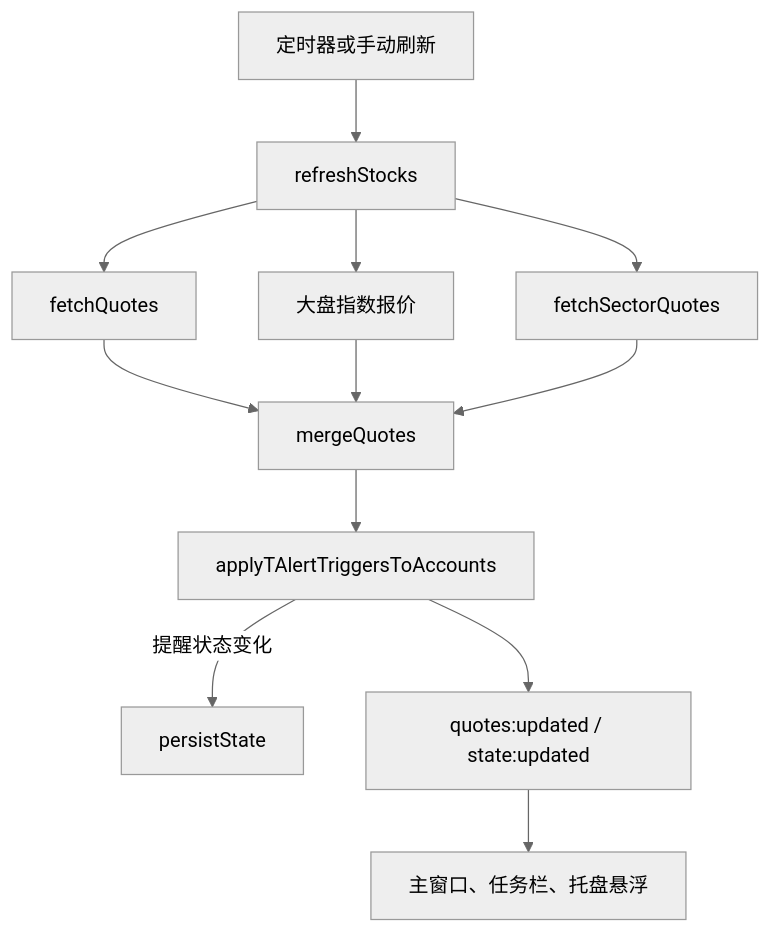
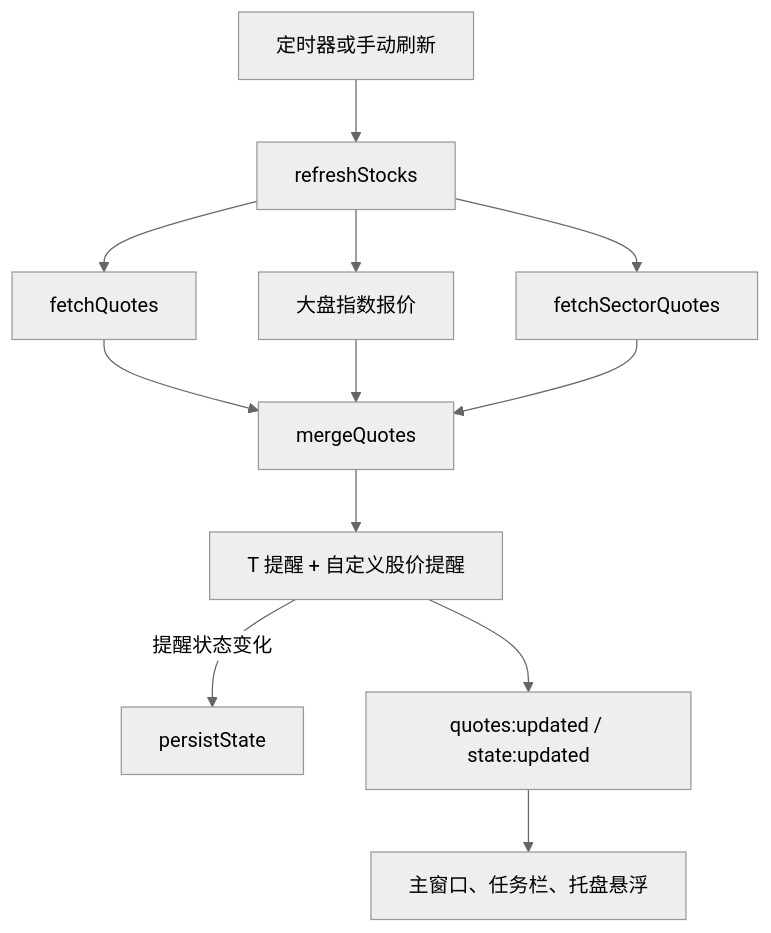
The third of 3 diagrams in docs/wiki/01-architecture.md (SingleOne/JianZhang), drawn with Mermaid (neutral theme) before and after one commit. The commit also changed other lines of this file and 13 other files, not shown here.

````diff
--- a/docs/wiki/01-architecture.md
+++ b/docs/wiki/01-architecture.md
@@ -106,14 +113,14 @@
 ```mermaid
 flowchart TD
     TIMER["定时器或手动刷新"] --> REFRESH["refreshStocks"]
     REFRESH --> QUOTES["fetchQuotes"]
     REFRESH --> INDEX["大盘指数报价"]
     REFRESH --> SECTOR["fetchSectorQuotes"]
     QUOTES --> MERGE["mergeQuotes"]
     INDEX --> MERGE
     SECTOR --> MERGE
-    MERGE --> ALERT["applyTAlertTriggersToAccounts"]
+    MERGE --> ALERT["T 提醒 + 自定义股价提醒"]
     ALERT -->|"提醒状态变化"| SAVE["persistState"]
     ALERT --> BROADCAST["quotes:updated / state:updated"]
     BROADCAST --> WINDOWS["主窗口、任务栏、托盘悬浮"]
 ```
````
